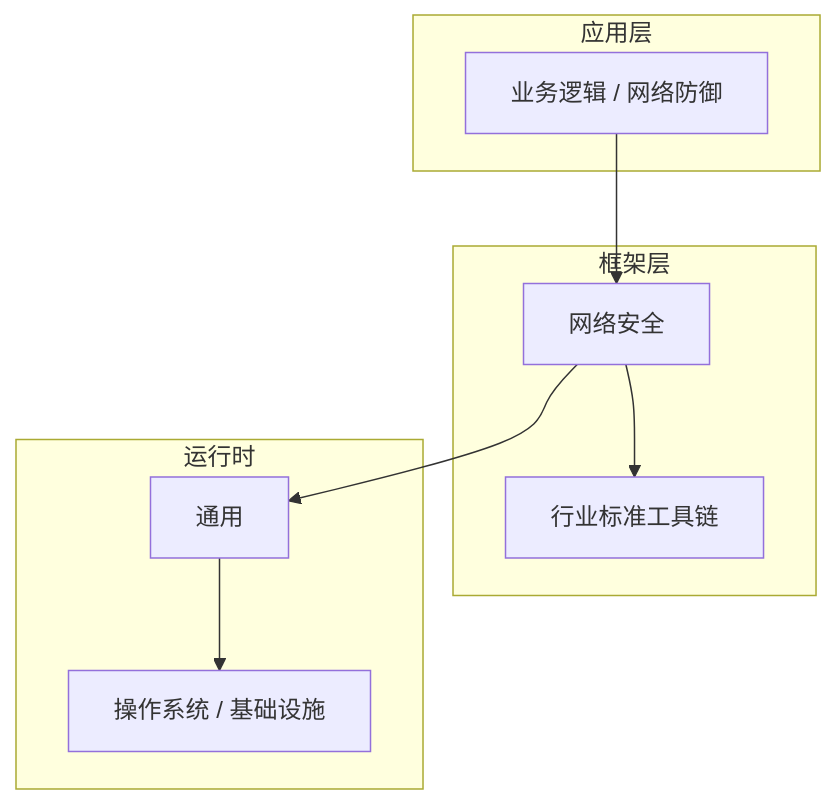
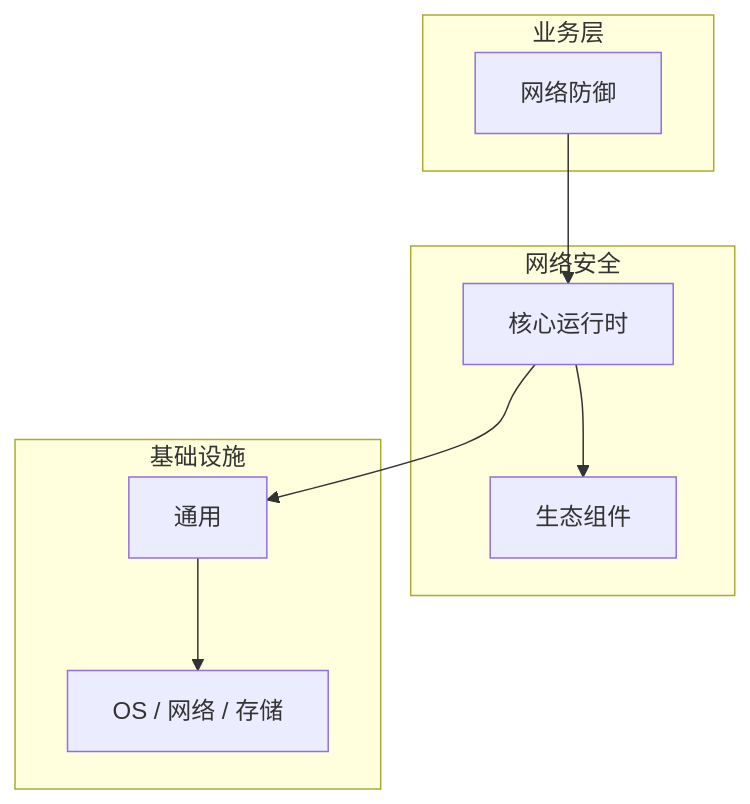
The diagram in articles/网络安全/chapters/015-网络防御核心概念与原理.md (yanggan2015/knowledge-json-v2), drawn with Mermaid before and after one commit. The commit also changed other lines of this file and 10127 other files, not shown here.

````diff
--- a/articles/网络安全/chapters/015-网络防御核心概念与原理.md
+++ b/articles/网络安全/chapters/015-网络防御核心概念与原理.md
@@ -46,18 +35,18 @@
 ```mermaid
 graph TB
-    subgraph 应用层
-        A[业务逻辑 / 网络防御]
+    subgraph 业务层
+        A[网络防御]
     end
-    subgraph 框架层
-        B[网络安全]
-        C[行业标准工具链]
+    subgraph 网络安全
+        B[核心运行时]
+        C[生态组件]
     end
-    subgraph 运行时
+    subgraph 基础设施
         D[通用]
-        E[操作系统 / 基础设施]
+        E[OS / 网络 / 存储]
     end
     A --> B
     B --> C
     B --> D
     D --> E
 ```
````
